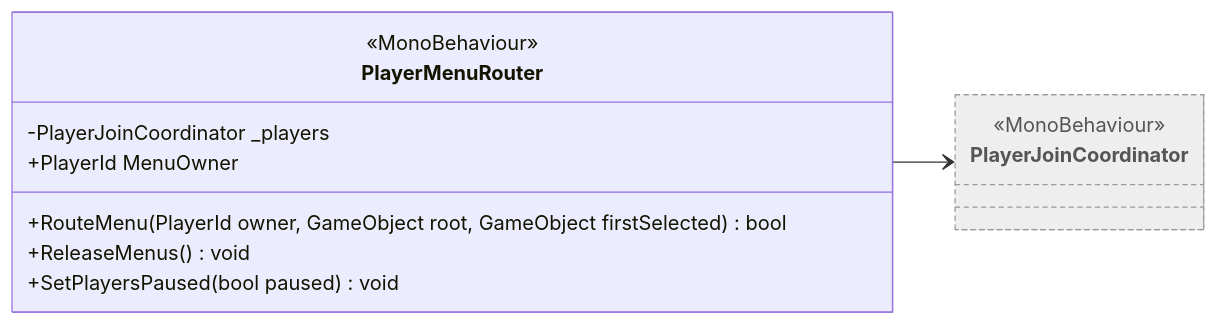
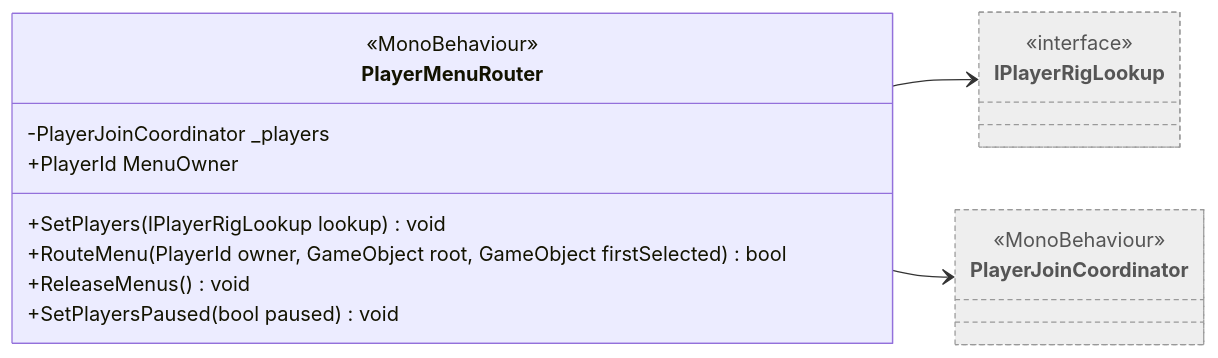
The diagram in Docs/Arquitectura/Clases/Player/PlayerMenuRouter.md (Chacashi/Alien-Farms), drawn with Mermaid before and after one commit. The commit also changed other lines of this file and 171 other files, not shown here.

````diff
--- a/Docs/Arquitectura/Clases/Player/PlayerMenuRouter.md
+++ b/Docs/Arquitectura/Clases/Player/PlayerMenuRouter.md
@@ -18,16 +18,20 @@
 ```mermaid
 classDiagram
   direction LR
   class PlayerMenuRouter {
     <<MonoBehaviour>>
     -PlayerJoinCoordinator _players
     +PlayerId MenuOwner
+    +SetPlayers(IPlayerRigLookup lookup) void
     +RouteMenu(PlayerId owner, GameObject root, GameObject firstSelected) bool
     +ReleaseMenus() void
     +SetPlayersPaused(bool paused) void
   }
+  class IPlayerRigLookup:::external
+  <<interface>> IPlayerRigLookup
   class PlayerJoinCoordinator:::external
   <<MonoBehaviour>> PlayerJoinCoordinator
+  PlayerMenuRouter --> IPlayerRigLookup
   PlayerMenuRouter --> PlayerJoinCoordinator
   classDef external fill:#eee,stroke:#999,stroke-dasharray: 4 3,color:#555
 ```
````
